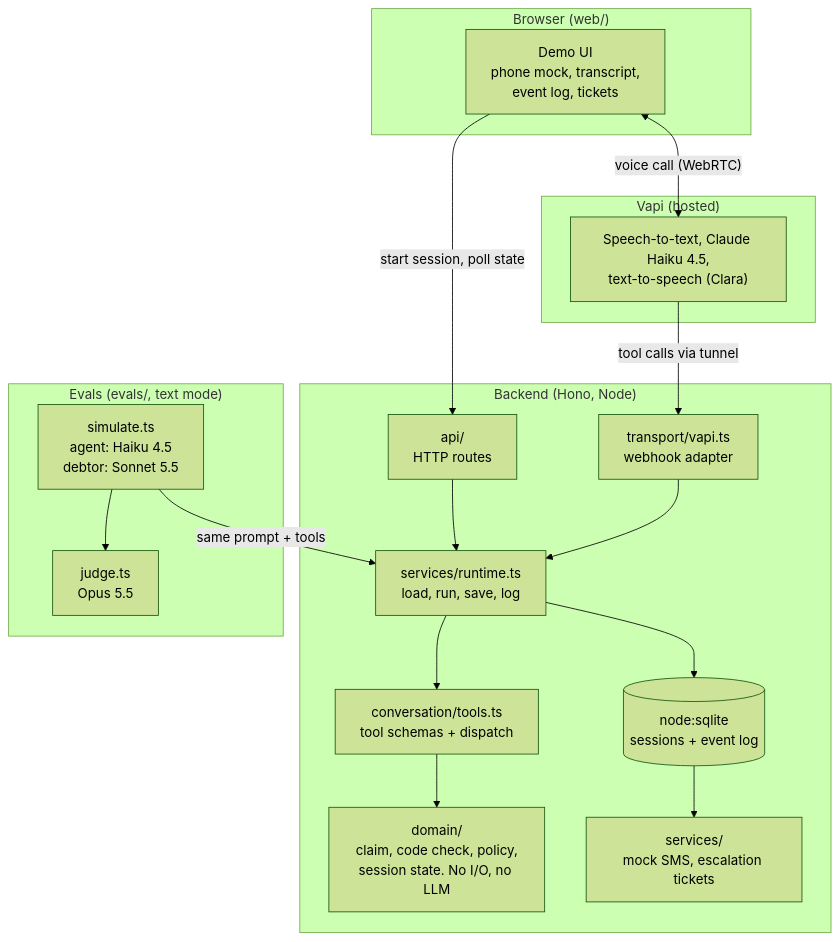
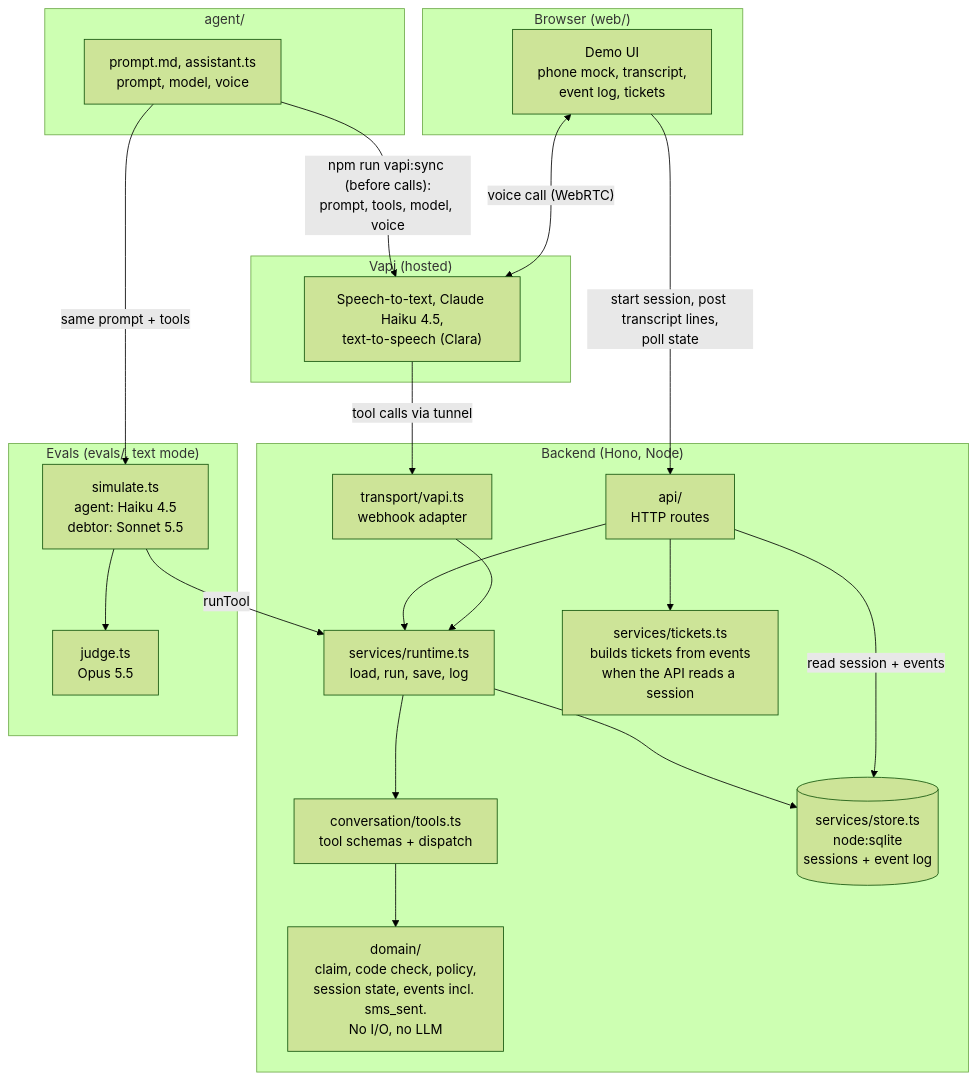
The first of 2 diagrams in README.md (YuliaDemchyna/voice_agent_audun), drawn with Mermaid (forest theme) before and after one commit. The commit also changed other lines of this file, not shown here.

Commit message:
README: correct architecture diagram, add call sequence diagram

````diff
--- a/README.md
+++ b/README.md
@@ -24,36 +24,43 @@
 ```mermaid
 flowchart TB
     subgraph Browser["Browser (web/)"]
         UI["Demo UI<br/>phone mock, transcript,<br/>event log, tickets"]
+    end
+
+    subgraph AgentCfg["agent/"]
+        Agent["prompt.md, assistant.ts<br/>prompt, model, voice"]
     end
 
     subgraph Vapi["Vapi (hosted)"]
         Voice["Speech-to-text, Claude Haiku 4.5,<br/>text-to-speech (Clara)"]
     end
 
     subgraph Backend["Backend (Hono, Node)"]
         API["api/<br/>HTTP routes"]
         Transport["transport/vapi.ts<br/>webhook adapter"]
         Runtime["services/runtime.ts<br/>load, run, save, log"]
         Tools["conversation/tools.ts<br/>tool schemas + dispatch"]
-        Domain["domain/<br/>claim, code check, policy,<br/>session state. No I/O, no LLM"]
-        Store[("node:sqlite<br/>sessions + event log")]
-        Follow["services/<br/>mock SMS, escalation tickets"]
+        Domain["domain/<br/>claim, code check, policy,<br/>session state, events incl. sms_sent.<br/>No I/O, no LLM"]
+        Store[("services/store.ts<br/>node:sqlite<br/>sessions + event log")]
+        Tickets["services/tickets.ts<br/>builds tickets from events<br/>when the API reads a session"]
     end
 
     subgraph Evals["Evals (evals/, text mode)"]
         Sim["simulate.ts<br/>agent: Haiku 4.5<br/>debtor: Sonnet 5.5"]
         Judge["judge.ts<br/>Opus 5.5"]
     end
 
-    UI -- "start session, poll state" --> API
+    Agent -- "npm run vapi:sync (before calls):<br/>prompt, tools, model, voice" --> Voice
+    Agent -- "same prompt + tools" --> Sim
+    UI -- "start session, post transcript lines,<br/>poll state" --> API
     UI <-->|"voice call (WebRTC)"| Voice
     Voice -- "tool calls via tunnel" --> Transport
     API --> Runtime
     Transport --> Runtime
     Runtime --> Tools --> Domain
     Runtime --> Store
-    Store --> Follow
-    Sim -- "same prompt + tools" --> Runtime
+    API -- "read session + events" --> Store
+    API --> Tickets
+    Sim -- "runTool" --> Runtime
     Sim --> Judge
 ```
````
